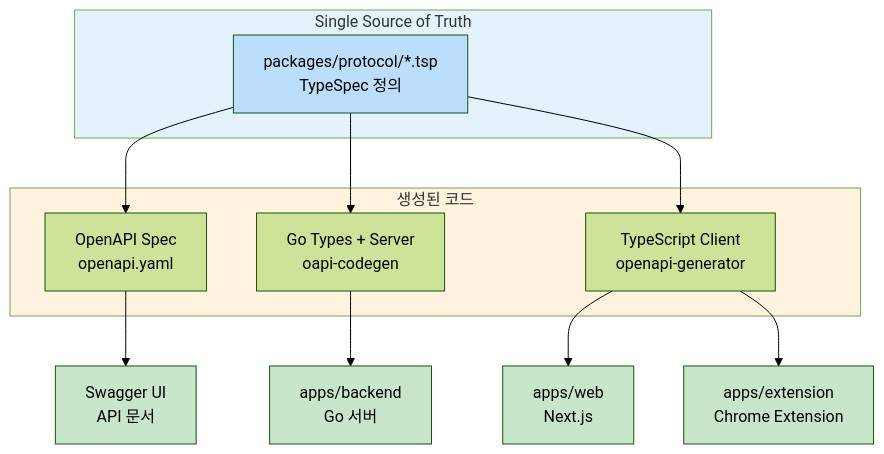
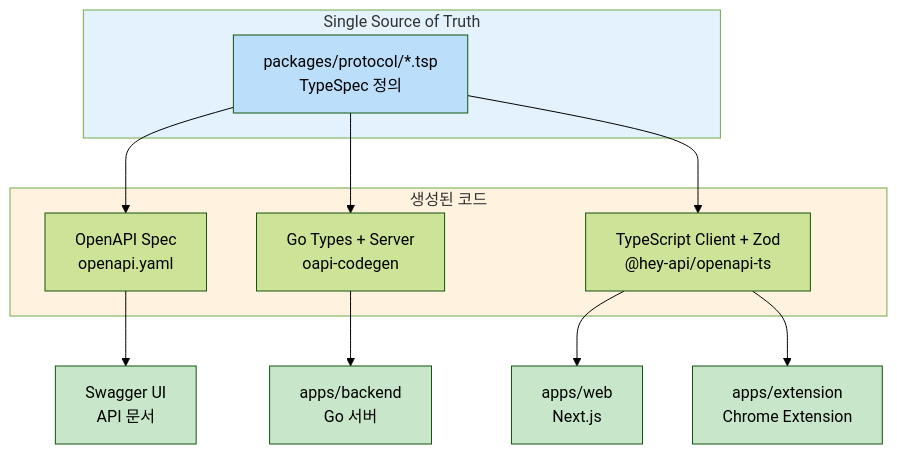
One commit to coldzero94/mindhit changed the first of 2 diagrams in docs/development/07-api-spec-workflow.md. Above: the diagram before and after it, drawn with Mermaid (forest theme). The commit also changed other lines of this file and 42 other files, not shown here.

````diff
--- a/docs/development/07-api-spec-workflow.md
+++ b/docs/development/07-api-spec-workflow.md
@@ -8,29 +8,29 @@
 ```mermaid
 flowchart TB
     subgraph SSoT["Single Source of Truth"]
         TSP[packages/protocol/*.tsp<br/>TypeSpec 정의]
     end
 
     TSP --> OpenAPI
     TSP --> GoTypes
     TSP --> TSClient
 
     subgraph Generated["생성된 코드"]
         OpenAPI[OpenAPI Spec<br/>openapi.yaml]
         GoTypes[Go Types + Server<br/>oapi-codegen]
-        TSClient[TypeScript Client<br/>openapi-generator]
+        TSClient[TypeScript Client + Zod<br/>@hey-api/openapi-ts]
     end
 
     OpenAPI --> Docs[Swagger UI<br/>API 문서]
     GoTypes --> Backend[apps/backend<br/>Go 서버]
     TSClient --> Web[apps/web<br/>Next.js]
     TSClient --> Ext[apps/extension<br/>Chrome Extension]
 
     style SSoT fill:#e3f2fd
     style Generated fill:#fff3e0
     style TSP fill:#bbdefb
     style Docs fill:#c8e6c9
     style Backend fill:#c8e6c9
     style Web fill:#c8e6c9
     style Ext fill:#c8e6c9
 ```
````
